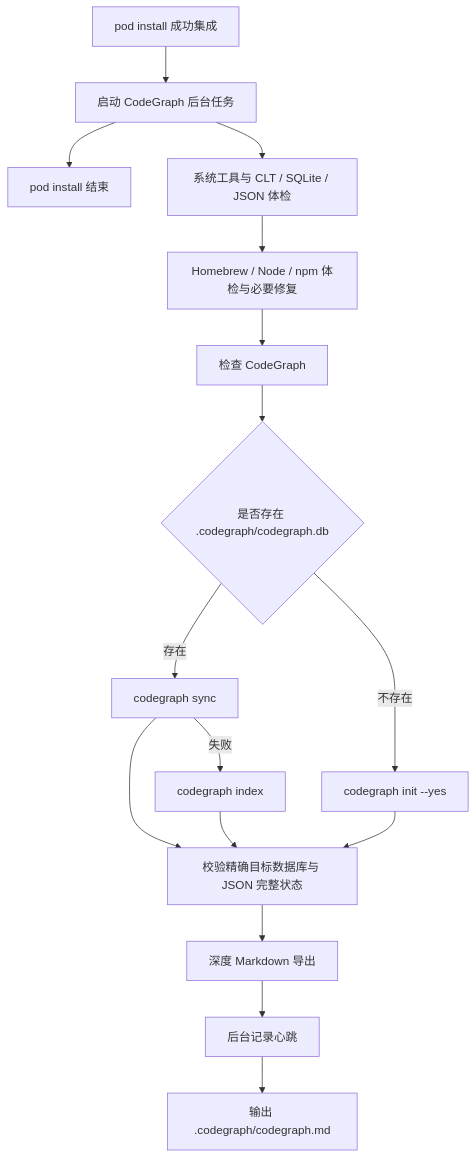
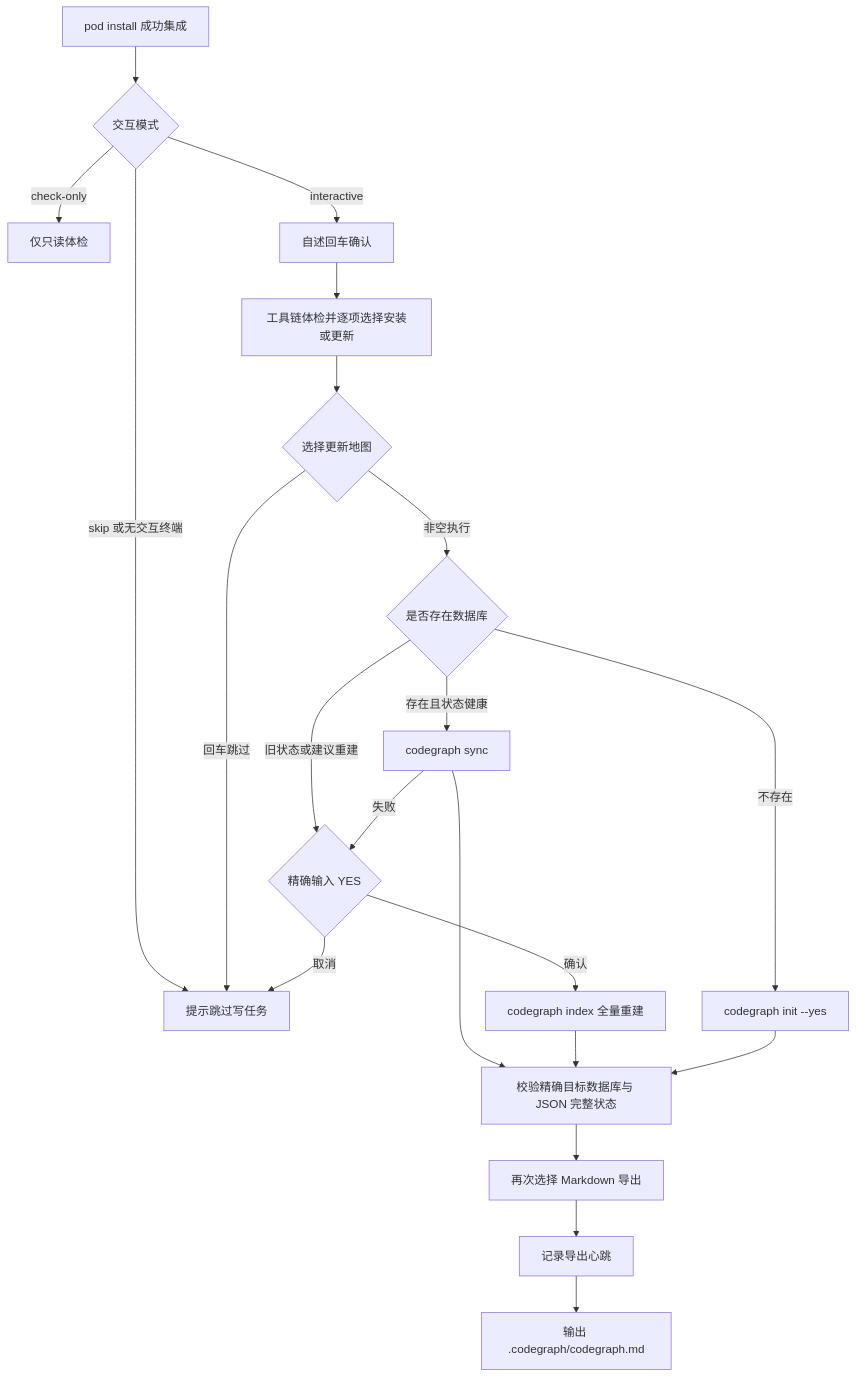
The diagram in ScriptsByPods/codegraph_init.command/README.md (JobsKits/JobsOCBaseConfigDemo), drawn with Mermaid before and after one commit. The commit also changed other lines of this file and 20 other files, not shown here.

````diff
--- a/ScriptsByPods/codegraph_init.command/README.md
+++ b/ScriptsByPods/codegraph_init.command/README.md
@@ -50,18 +50,23 @@
 ```mermaid
 flowchart TD
-  A[pod install 成功集成] --> B[启动 CodeGraph 后台任务]
-  B --> C[pod install 结束]
-  B --> D[系统工具与 CLT / SQLite / JSON 体检]
-  D --> E[Homebrew / Node / npm 体检与必要修复]
-  E --> F[检查 CodeGraph]
-  F --> G{是否存在 .codegraph/codegraph.db}
-  G -->|存在| H[codegraph sync]
-  H -->|失败| I[codegraph index]
+  A[pod install 成功集成] --> B{交互模式}
+  B -->|skip 或无交互终端| C[提示跳过写任务]
+  B -->|check-only| R[仅只读体检]
+  B -->|interactive| D[自述回车确认]
+  D --> E[工具链体检并逐项选择安装或更新]
+  E --> F{选择更新地图}
+  F -->|回车跳过| C
+  F -->|非空执行| G{是否存在数据库}
+  G -->|存在且状态健康| H[codegraph sync]
+  G -->|旧状态或建议重建| Y{精确输入 YES}
+  H -->|失败| Y
+  Y -->|确认| I[codegraph index 全量重建]
+  Y -->|取消| C
   G -->|不存在| J[codegraph init --yes]
   H --> V[校验精确目标数据库与 JSON 完整状态]
   I --> V
   J --> V
-  V --> K[深度 Markdown 导出]
-  K --> L[后台记录心跳]
+  V --> K[再次选择 Markdown 导出]
+  K --> L[记录导出心跳]
   L --> M[输出 .codegraph/codegraph.md]
 ```
````
